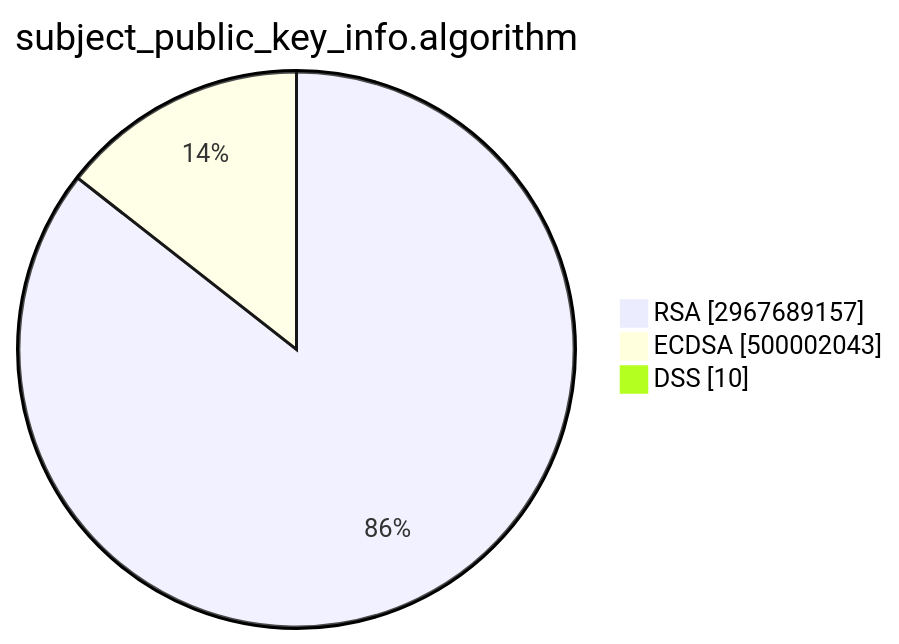
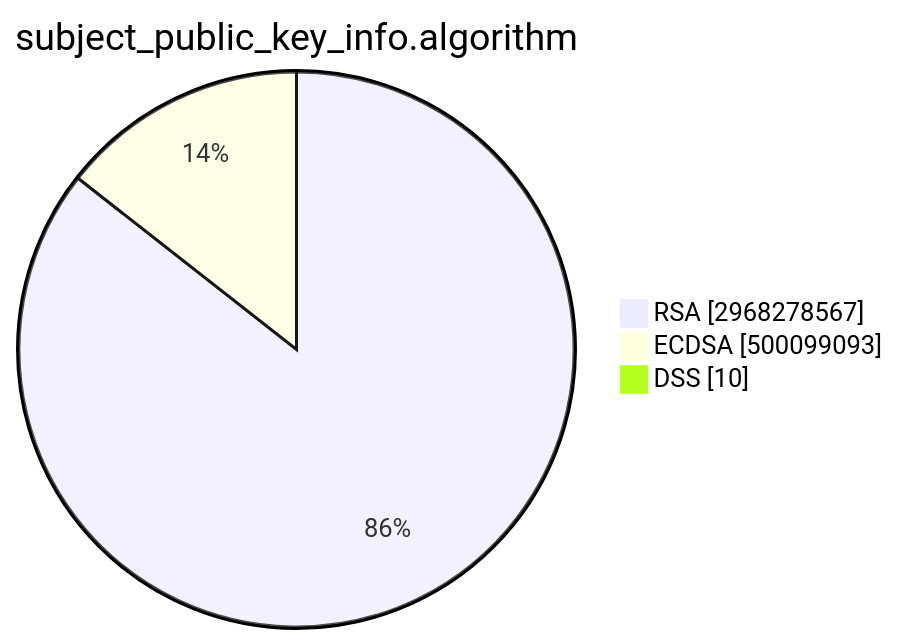
One commit to christiankrug/ctmonitor_visualization changed the second of 15 diagrams in TOTAL/README.md. Above: the diagram before and after it, drawn with Mermaid. The commit also changed other lines of this file, not shown here.

````diff
--- a/TOTAL/README.md
+++ b/TOTAL/README.md
@@ -6,7 +6,7 @@
 ```mermaid
 pie showData
 title subject_public_key_info.algorithm
-"RSA" :2967689157
-"ECDSA" :500002043
+"RSA" :2968278567
+"ECDSA" :500099093
 "DSS" :10
 ```
````
